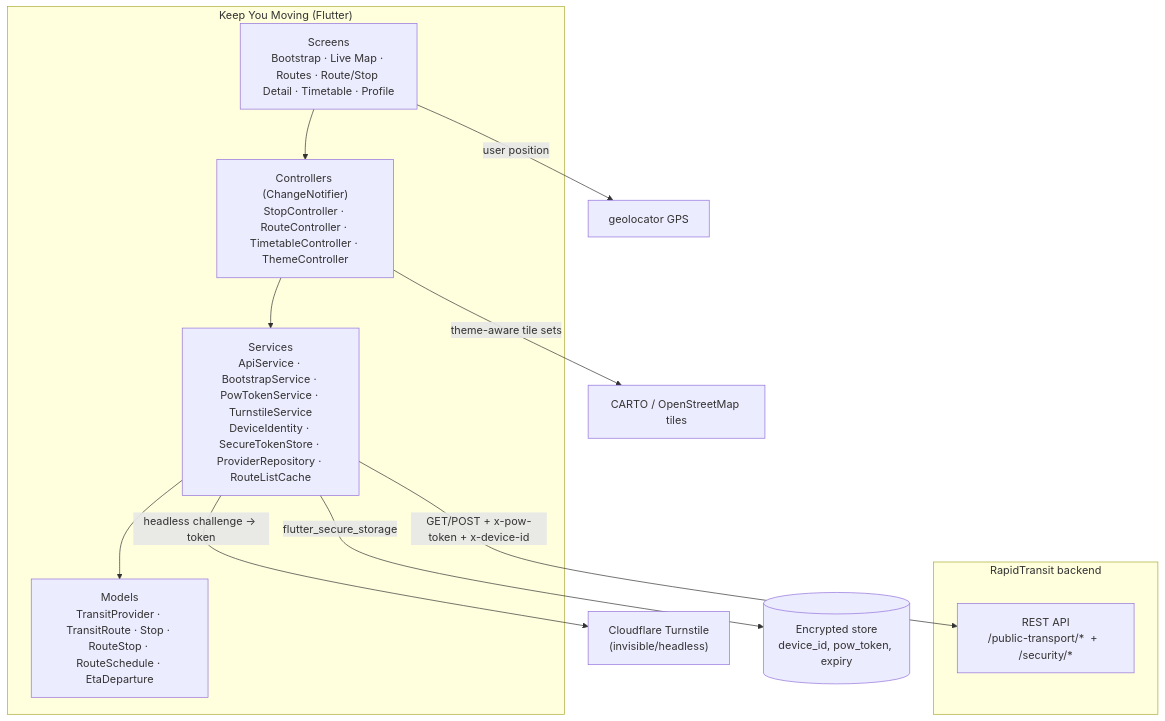
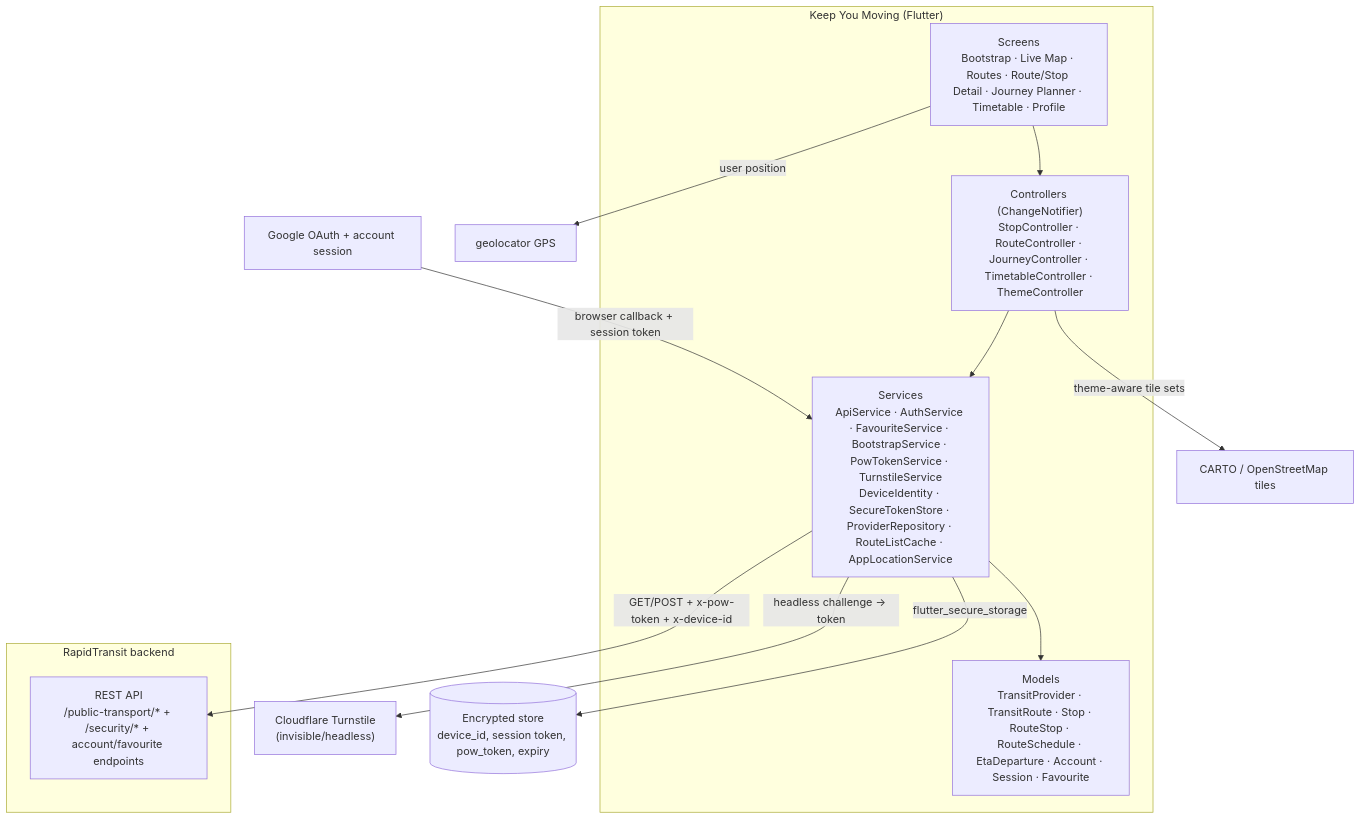
The diagram in README.md (junkerino1/KeepYouMoving), drawn with Mermaid before and after one commit. The commit also changed other lines of this file, not shown here.

````diff
--- a/README.md
+++ b/README.md
@@ -95,25 +97,27 @@
 ```mermaid
 flowchart TD
     subgraph App["Keep You Moving (Flutter)"]
-        UI["Screens<br/>Bootstrap · Live Map · Routes · Route/Stop Detail · Timetable · Profile"]
-        CTRL["Controllers (ChangeNotifier)<br/>StopController · RouteController · TimetableController · ThemeController"]
-        SVC["Services<br/>ApiService · BootstrapService · PowTokenService · TurnstileService<br/>DeviceIdentity · SecureTokenStore · ProviderRepository · RouteListCache"]
-        MOD["Models<br/>TransitProvider · TransitRoute · Stop · RouteStop · RouteSchedule · EtaDeparture"]
+        UI["Screens<br/>Bootstrap · Live Map · Routes · Route/Stop Detail · Journey Planner · Timetable · Profile"]
+        CTRL["Controllers (ChangeNotifier)<br/>StopController · RouteController · JourneyController · TimetableController · ThemeController"]
+        SVC["Services<br/>ApiService · AuthService · FavouriteService · BootstrapService · PowTokenService · TurnstileService<br/>DeviceIdentity · SecureTokenStore · ProviderRepository · RouteListCache · AppLocationService"]
+        MOD["Models<br/>TransitProvider · TransitRoute · Stop · RouteStop · RouteSchedule · EtaDeparture · Account · Session · Favourite"]
         UI --> CTRL --> SVC
         SVC --> MOD
     end
 
     subgraph Backend["RapidTransit backend"]
-        API["REST API<br/>/public-transport/*  +  /security/*"]
+        API["REST API<br/>/public-transport/* + /security/* + account/favourite endpoints"]
     end
 
     TURN["Cloudflare Turnstile<br/>(invisible/headless)"]
     TILES["CARTO / OpenStreetMap tiles"]
     GPS["geolocator GPS"]
+    AUTH["Google OAuth + account session"]
 
     SVC -->|"GET/POST + x-pow-token + x-device-id"| API
     SVC -->|"headless challenge → token"| TURN
     CTRL -->|"theme-aware tile sets"| TILES
     UI -->|"user position"| GPS
-    SVC -->|"flutter_secure_storage"| SEC[("Encrypted store<br/>device_id, pow_token, expiry")]
+    AUTH -->|"browser callback + session token"| SVC
+    SVC -->|"flutter_secure_storage"| SEC[("Encrypted store<br/>device_id, session token, pow_token, expiry")]
 ```
````
